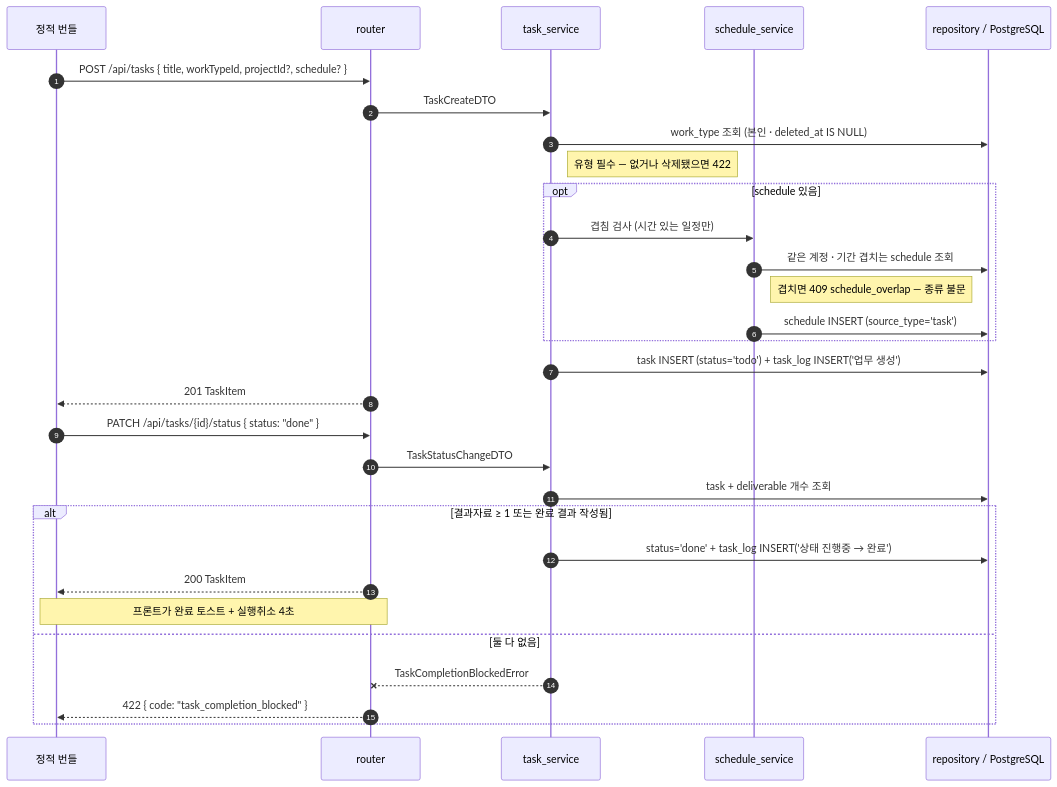
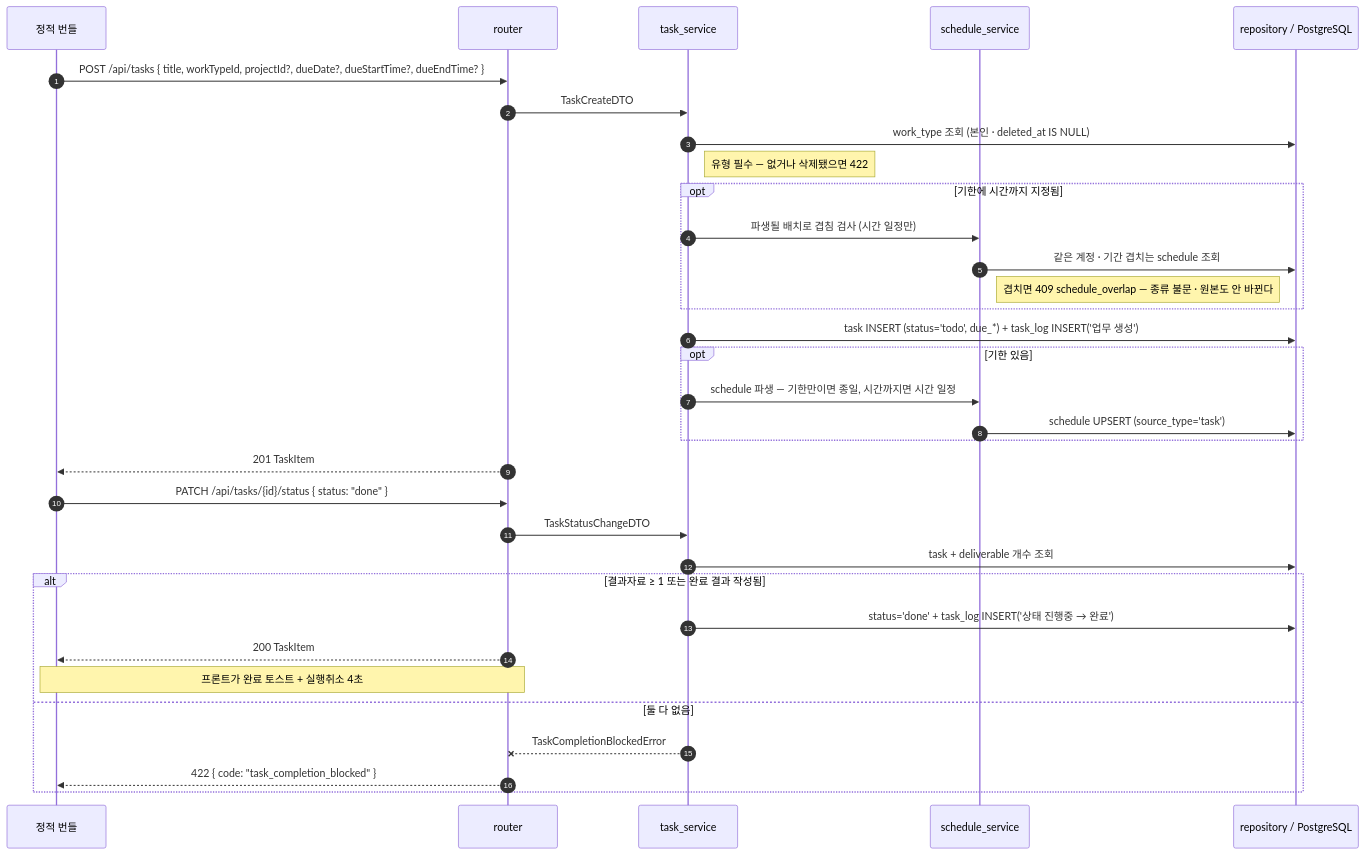
The third of 4 diagrams in para/projects/summer-star/task-management/40-architecture/system/README.md (kknaks/kknaks_profile), drawn with Mermaid before and after one commit. The commit also changed other lines of this file and 8 other files, not shown here.

First line of the commit message:
docs(task-management): 아키텍처 ② — 프론트 신규 + schedule 파생 전환·OQ 10건·웹 우선 반영

````diff
--- a/para/projects/summer-star/task-management/40-architecture/system/README.md
+++ b/para/projects/summer-star/task-management/40-architecture/system/README.md
@@ -153,34 +159,37 @@
 ```mermaid
 sequenceDiagram
   autonumber
   participant W as 정적 번들
   participant R as router
   participant S as task_service
   participant SC as schedule_service
   participant P as repository / PostgreSQL
 
-  W->>R: POST /api/tasks { title, workTypeId, projectId?, schedule? }
+  W->>R: POST /api/tasks { title, workTypeId, projectId?, dueDate?, dueStartTime?, dueEndTime? }
   R->>S: TaskCreateDTO
   S->>P: work_type 조회 (본인 · deleted_at IS NULL)
   Note right of S: 유형 필수 — 없거나 삭제됐으면 422
-  opt schedule 있음
-    S->>SC: 겹침 검사 (시간 있는 일정만)
+  opt 기한에 시간까지 지정됨
+    S->>SC: 파생될 배치로 겹침 검사 (시간 일정만)
     SC->>P: 같은 계정 · 기간 겹치는 schedule 조회
-    Note right of SC: 겹치면 409 schedule_overlap — 종류 불문
-    SC->>P: schedule INSERT (source_type='task')
+    Note right of SC: 겹치면 409 schedule_overlap — 종류 불문 · 원본도 안 바뀐다
   end
-  S->>P: task INSERT (status='todo') + task_log INSERT('업무 생성')
+  S->>P: task INSERT (status='todo', due_*) + task_log INSERT('업무 생성')
+  opt 기한 있음
+    S->>SC: schedule 파생 — 기한만이면 종일, 시간까지면 시간 일정
+    SC->>P: schedule UPSERT (source_type='task')
+  end
   R-->>W: 201 TaskItem
 
   W->>R: PATCH /api/tasks/{id}/status { status: "done" }
   R->>S: TaskStatusChangeDTO
   S->>P: task + deliverable 개수 조회
   alt 결과자료 ≥ 1 또는 완료 결과 작성됨
     S->>P: status='done' + task_log INSERT('상태 진행중 → 완료')
     R-->>W: 200 TaskItem
     Note over R,W: 프론트가 완료 토스트 + 실행취소 4초
   else 둘 다 없음
     S--xR: TaskCompletionBlockedError
     R-->>W: 422 { code: "task_completion_blocked" }
   end
 ```
````
